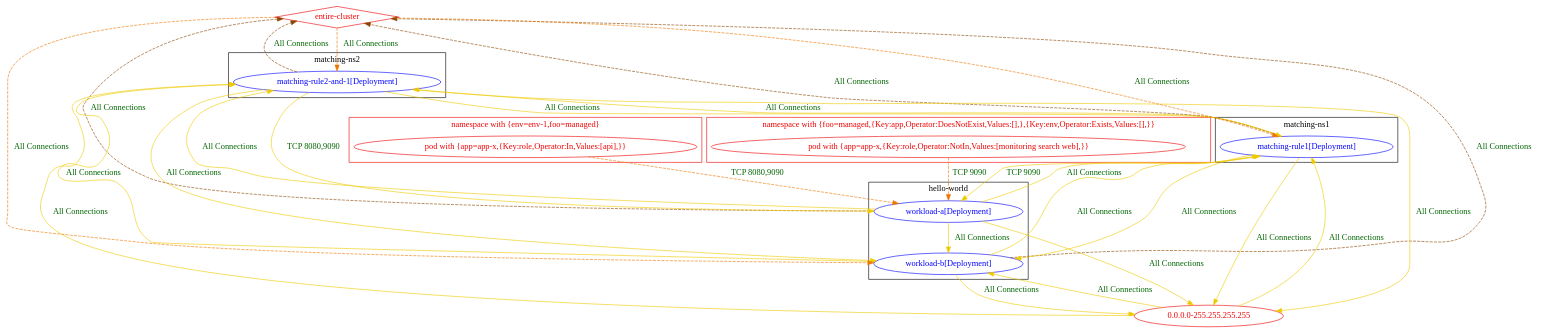
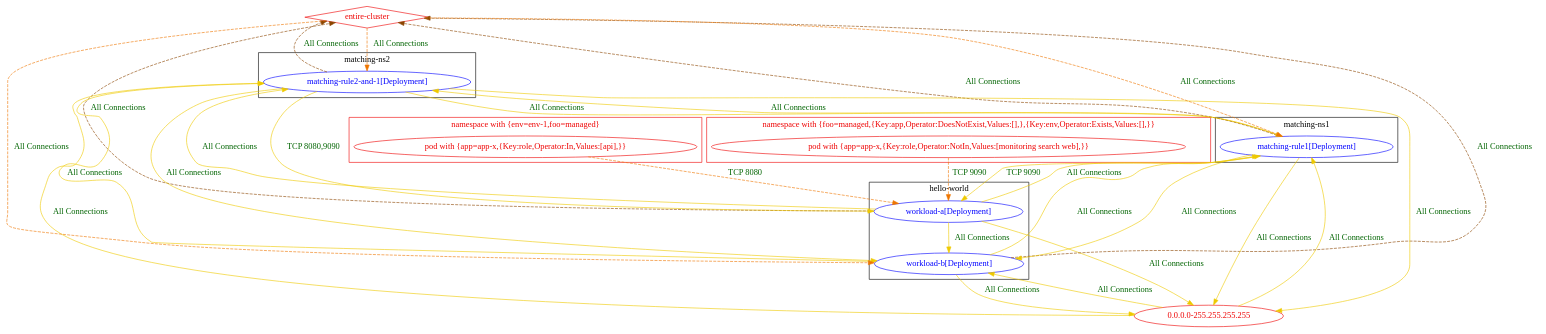
One commit to np-guard/netpol-analyzer changed the diagram in test_outputs/connlist/exposure_test_exposure_with_different_rules_6_with_matching_pods_connlist_output.dot. Above: the diagram before and after it, drawn with Graphviz. The commit also changed 119 other files, not shown here.

```diff
--- a/test_outputs/connlist/exposure_test_exposure_with_different_rules_6_with_matching_pods_connlist_output.dot
+++ b/test_outputs/connlist/exposure_test_exposure_with_different_rules_6_with_matching_pods_connlist_output.dot
@@ -1,62 +1,62 @@
 digraph {
 	subgraph "cluster_hello_world" {
 		color="black"
 		fontcolor="black"
 		"hello-world/workload-a[Deployment]" [label="workload-a[Deployment]" color="blue" fontcolor="blue"]
 		"hello-world/workload-b[Deployment]" [label="workload-b[Deployment]" color="blue" fontcolor="blue"]
 		label="hello-world"
 	}
 	subgraph "cluster_matching_ns1" {
 		color="black"
 		fontcolor="black"
 		"matching-ns1/matching-rule1[Deployment]" [label="matching-rule1[Deployment]" color="blue" fontcolor="blue"]
 		label="matching-ns1"
 	}
 	subgraph "cluster_matching_ns2" {
 		color="black"
 		fontcolor="black"
 		"matching-ns2/matching-rule2-and-1[Deployment]" [label="matching-rule2-and-1[Deployment]" color="blue" fontcolor="blue"]
 		label="matching-ns2"
 	}
 	subgraph "cluster_namespace with {env=env_1,foo=managed}" {
 		color="red2"
 		fontcolor="red2"
 		"pod with {app=app-x,{Key:role,Operator:In,Values:[api],}}_in_namespace with {env=env-1,foo=managed}" [label="pod with {app=app-x,{Key:role,Operator:In,Values:[api],}}" color="red2" fontcolor="red2"]
 		label="namespace with {env=env-1,foo=managed}"
 	}
 	subgraph "cluster_namespace with {foo=managed,{Key:app,Operator:DoesNotExist,Values:[],},{Key:env,Operator:Exists,Values:[],}}" {
 		color="red2"
 		fontcolor="red2"
 		"pod with {app=app-x,{Key:role,Operator:NotIn,Values:[monitoring search web],}}_in_namespace with {foo=managed,{Key:app,Operator:DoesNotExist,Values:[],},{Key:env,Operator:Exists,Values:[],}}" [label="pod with {app=app-x,{Key:role,Operator:NotIn,Values:[monitoring search web],}}" color="red2" fontcolor="red2"]
 		label="namespace with {foo=managed,{Key:app,Operator:DoesNotExist,Values:[],},{Key:env,Operator:Exists,Values:[],}}"
 	}
 	"0.0.0.0-255.255.255.255" [label="0.0.0.0-255.255.255.255" color="red2" fontcolor="red2"]
 	"entire-cluster" [label="entire-cluster" color="red2" fontcolor="red2" shape=diamond]
 	"0.0.0.0-255.255.255.255" -> "hello-world/workload-b[Deployment]" [label="All Connections" color="gold2" fontcolor="darkgreen" weight=0.5]
 	"0.0.0.0-255.255.255.255" -> "matching-ns1/matching-rule1[Deployment]" [label="All Connections" color="gold2" fontcolor="darkgreen" weight=0.5]
 	"0.0.0.0-255.255.255.255" -> "matching-ns2/matching-rule2-and-1[Deployment]" [label="All Connections" color="gold2" fontcolor="darkgreen" weight=0.5]
 	"entire-cluster" -> "hello-world/workload-b[Deployment]" [label="All Connections" color="darkorange2" fontcolor="darkgreen" weight=1 style=dashed]
 	"entire-cluster" -> "matching-ns1/matching-rule1[Deployment]" [label="All Connections" color="darkorange2" fontcolor="darkgreen" weight=1 style=dashed]
 	"entire-cluster" -> "matching-ns2/matching-rule2-and-1[Deployment]" [label="All Connections" color="darkorange2" fontcolor="darkgreen" weight=1 style=dashed]
 	"hello-world/workload-a[Deployment]" -> "0.0.0.0-255.255.255.255" [label="All Connections" color="gold2" fontcolor="darkgreen" weight=1]
 	"hello-world/workload-a[Deployment]" -> "entire-cluster" [label="All Connections" color="darkorange4" fontcolor="darkgreen" weight=0.5 style=dashed]
 	"hello-world/workload-a[Deployment]" -> "hello-world/workload-b[Deployment]" [label="All Connections" color="gold2" fontcolor="darkgreen" weight=0.5]
 	"hello-world/workload-a[Deployment]" -> "matching-ns1/matching-rule1[Deployment]" [label="All Connections" color="gold2" fontcolor="darkgreen" weight=0.5]
 	"hello-world/workload-a[Deployment]" -> "matching-ns2/matching-rule2-and-1[Deployment]" [label="All Connections" color="gold2" fontcolor="darkgreen" weight=0.5]
 	"hello-world/workload-b[Deployment]" -> "0.0.0.0-255.255.255.255" [label="All Connections" color="gold2" fontcolor="darkgreen" weight=1]
 	"hello-world/workload-b[Deployment]" -> "entire-cluster" [label="All Connections" color="darkorange4" fontcolor="darkgreen" weight=0.5 style=dashed]
 	"hello-world/workload-b[Deployment]" -> "matching-ns1/matching-rule1[Deployment]" [label="All Connections" color="gold2" fontcolor="darkgreen" weight=0.5]
 	"hello-world/workload-b[Deployment]" -> "matching-ns2/matching-rule2-and-1[Deployment]" [label="All Connections" color="gold2" fontcolor="darkgreen" weight=0.5]
 	"matching-ns1/matching-rule1[Deployment]" -> "0.0.0.0-255.255.255.255" [label="All Connections" color="gold2" fontcolor="darkgreen" weight=1]
 	"matching-ns1/matching-rule1[Deployment]" -> "entire-cluster" [label="All Connections" color="darkorange4" fontcolor="darkgreen" weight=0.5 style=dashed]
 	"matching-ns1/matching-rule1[Deployment]" -> "hello-world/workload-a[Deployment]" [label="TCP 9090" color="gold2" fontcolor="darkgreen" weight=1]
 	"matching-ns1/matching-rule1[Deployment]" -> "hello-world/workload-b[Deployment]" [label="All Connections" color="gold2" fontcolor="darkgreen" weight=1]
 	"matching-ns1/matching-rule1[Deployment]" -> "matching-ns2/matching-rule2-and-1[Deployment]" [label="All Connections" color="gold2" fontcolor="darkgreen" weight=0.5]
 	"matching-ns2/matching-rule2-and-1[Deployment]" -> "0.0.0.0-255.255.255.255" [label="All Connections" color="gold2" fontcolor="darkgreen" weight=1]
 	"matching-ns2/matching-rule2-and-1[Deployment]" -> "entire-cluster" [label="All Connections" color="darkorange4" fontcolor="darkgreen" weight=0.5 style=dashed]
 	"matching-ns2/matching-rule2-and-1[Deployment]" -> "hello-world/workload-a[Deployment]" [label="TCP 8080,9090" color="gold2" fontcolor="darkgreen" weight=1]
 	"matching-ns2/matching-rule2-and-1[Deployment]" -> "hello-world/workload-b[Deployment]" [label="All Connections" color="gold2" fontcolor="darkgreen" weight=1]
 	"matching-ns2/matching-rule2-and-1[Deployment]" -> "matching-ns1/matching-rule1[Deployment]" [label="All Connections" color="gold2" fontcolor="darkgreen" weight=1]
-	"pod with {app=app-x,{Key:role,Operator:In,Values:[api],}}_in_namespace with {env=env-1,foo=managed}" -> "hello-world/workload-a[Deployment]" [label="TCP 8080,9090" color="darkorange2" fontcolor="darkgreen" weight=1 style=dashed]
+	"pod with {app=app-x,{Key:role,Operator:In,Values:[api],}}_in_namespace with {env=env-1,foo=managed}" -> "hello-world/workload-a[Deployment]" [label="TCP 8080" color="darkorange2" fontcolor="darkgreen" weight=1 style=dashed]
 	"pod with {app=app-x,{Key:role,Operator:NotIn,Values:[monitoring search web],}}_in_namespace with {foo=managed,{Key:app,Operator:DoesNotExist,Values:[],},{Key:env,Operator:Exists,Values:[],}}" -> "hello-world/workload-a[Deployment]" [label="TCP 9090" color="darkorange2" fontcolor="darkgreen" weight=1 style=dashed]
 }
```
